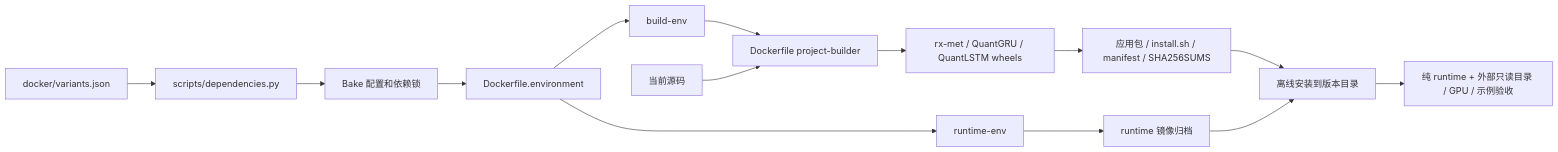
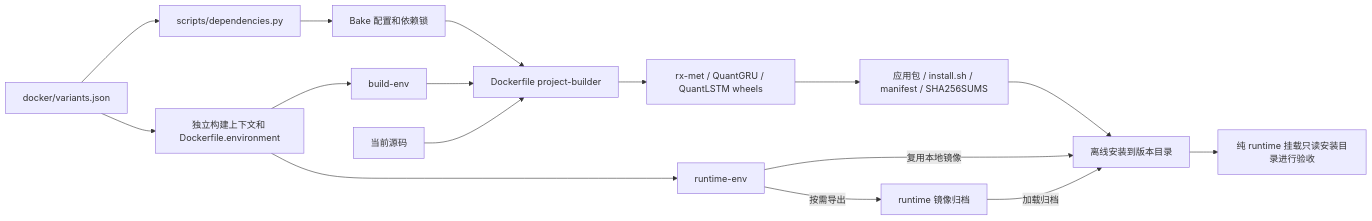
The fourth of 4 diagrams in docs/architecture.md (reexen-tech/rx-met), drawn with Mermaid before and after one commit. The commit also changed other lines of this file and 45 other files, not shown here.

````diff
--- a/docs/architecture.md
+++ b/docs/architecture.md
@@ -174,16 +188,18 @@
 ```mermaid
 flowchart LR
     Matrix[docker/variants.json] --> Lock[scripts/dependencies.py]
-    Lock --> Generated[Bake 配置和依赖锁]
-    Generated --> EnvDocker[Dockerfile.environment]
+    Lock --> Bake[Bake 配置和依赖锁]
+    Matrix --> EnvDocker[独立构建上下文和 Dockerfile.environment]
     EnvDocker --> BuildEnv[build-env]
     EnvDocker --> RuntimeEnv[runtime-env]
+    Bake --> ProjectBuilder
     BuildEnv --> ProjectBuilder[Dockerfile project-builder]
     Source[当前源码] --> ProjectBuilder
     ProjectBuilder --> Wheels[rx-met / QuantGRU / QuantLSTM wheels]
     Wheels --> Bundle[应用包 / install.sh / manifest / SHA256SUMS]
-    RuntimeEnv --> Images[runtime 镜像归档]
+    RuntimeEnv -->|按需导出| Images[runtime 镜像归档]
     Bundle --> Install[离线安装到版本目录]
-    Images --> Install
-    Install --> Verify[纯 runtime + 外部只读目录 / GPU / 示例验收]
+    RuntimeEnv -->|复用本地镜像| Install
+    Images -->|加载归档| Install
+    Install --> Verify[纯 runtime 挂载只读安装目录进行验收]
 ```
````
